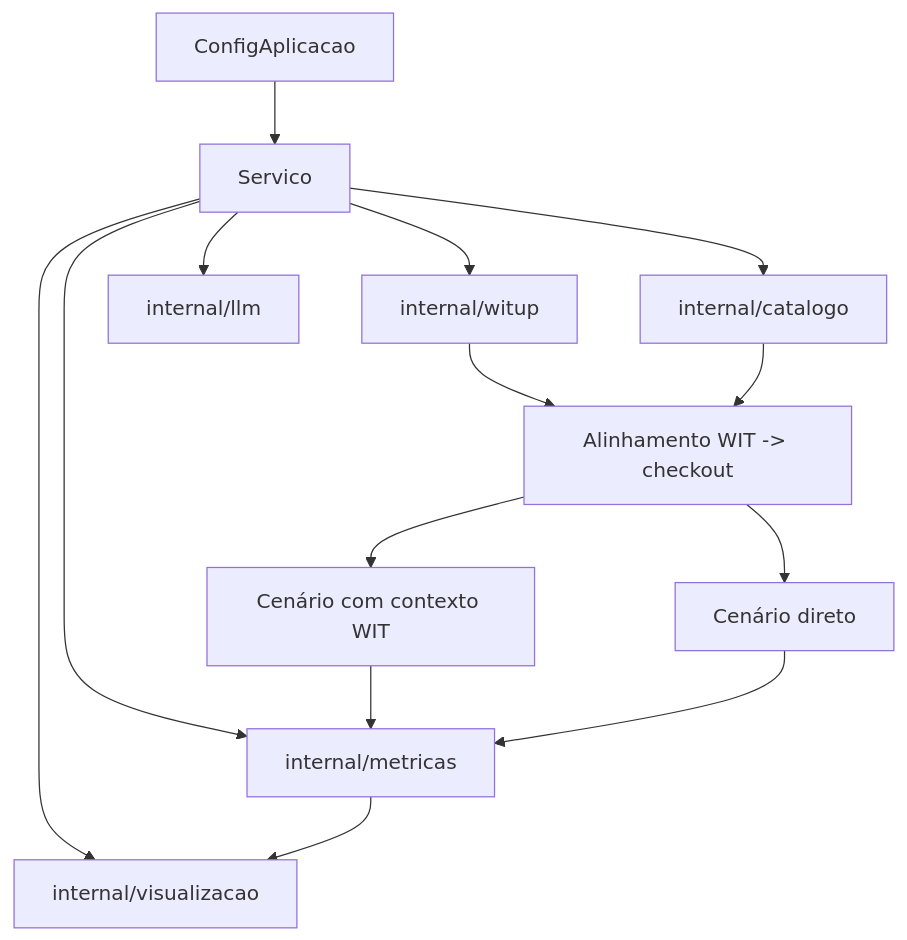
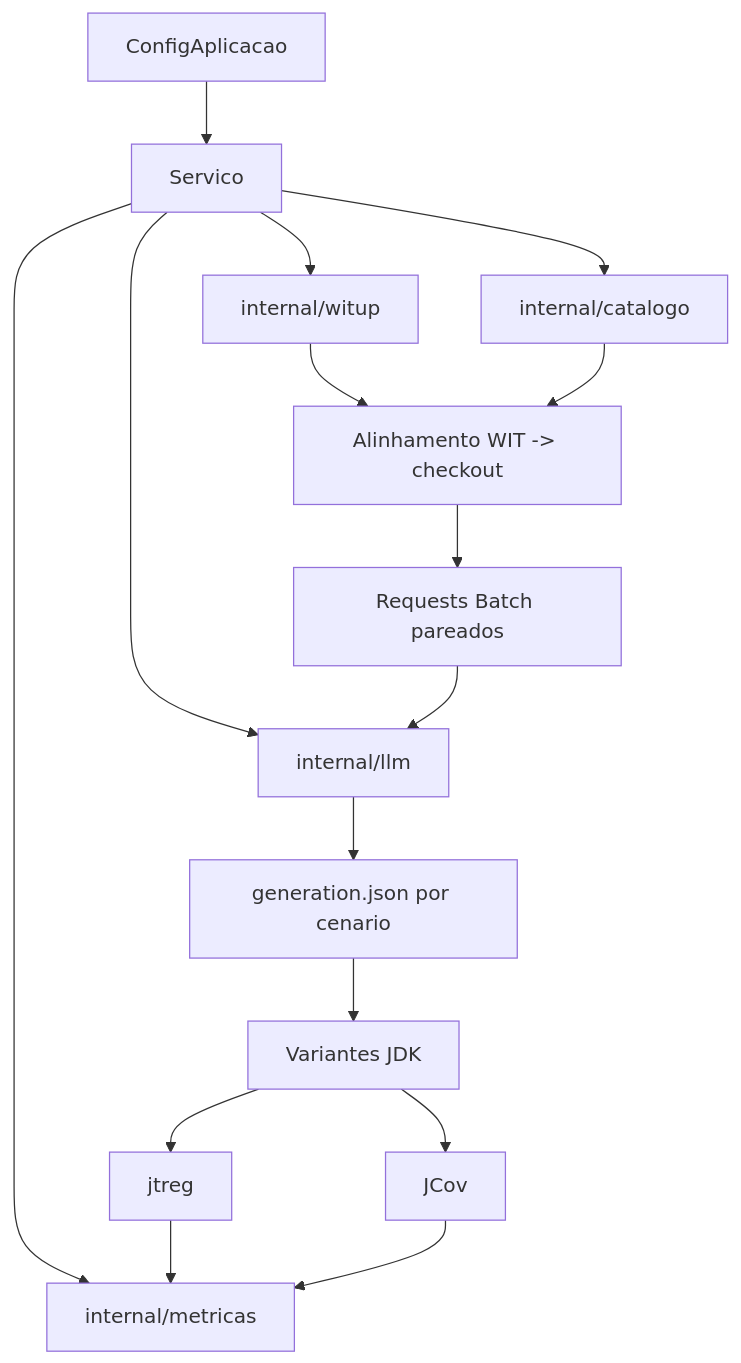
The diagram in docs/architecture/index.md (marcelomamorim/wit-llm), drawn with Mermaid before and after one commit. The commit also changed other lines of this file and 34 other files, not shown here.

````diff
--- a/docs/architecture/index.md
+++ b/docs/architecture/index.md
@@ -24,17 +25,19 @@
 ```mermaid
 graph TD
     CFG["ConfigAplicacao"] --> SVC["Servico"]
     SVC --> WIT["internal/witup"]
     SVC --> CAT["internal/catalogo"]
     SVC --> LLM["internal/llm"]
     SVC --> MET["internal/metricas"]
-    SVC --> VIS["internal/visualizacao"]
 
     WIT --> ALIGN["Alinhamento WIT -> checkout"]
     CAT --> ALIGN
-    ALIGN --> WITCTX["Cenário com contexto WIT"]
-    ALIGN --> DIRECT["Cenário direto"]
-    WITCTX --> MET
-    DIRECT --> MET
-    MET --> VIS
+    ALIGN --> REQ["Requests Batch pareados"]
+    REQ --> LLM
+    LLM --> GEN["generation.json por cenario"]
+    GEN --> VAR["Variantes JDK"]
+    VAR --> JTREG["jtreg"]
+    VAR --> JCOV["JCov"]
+    JTREG --> MET
+    JCOV --> MET
 ```
````
